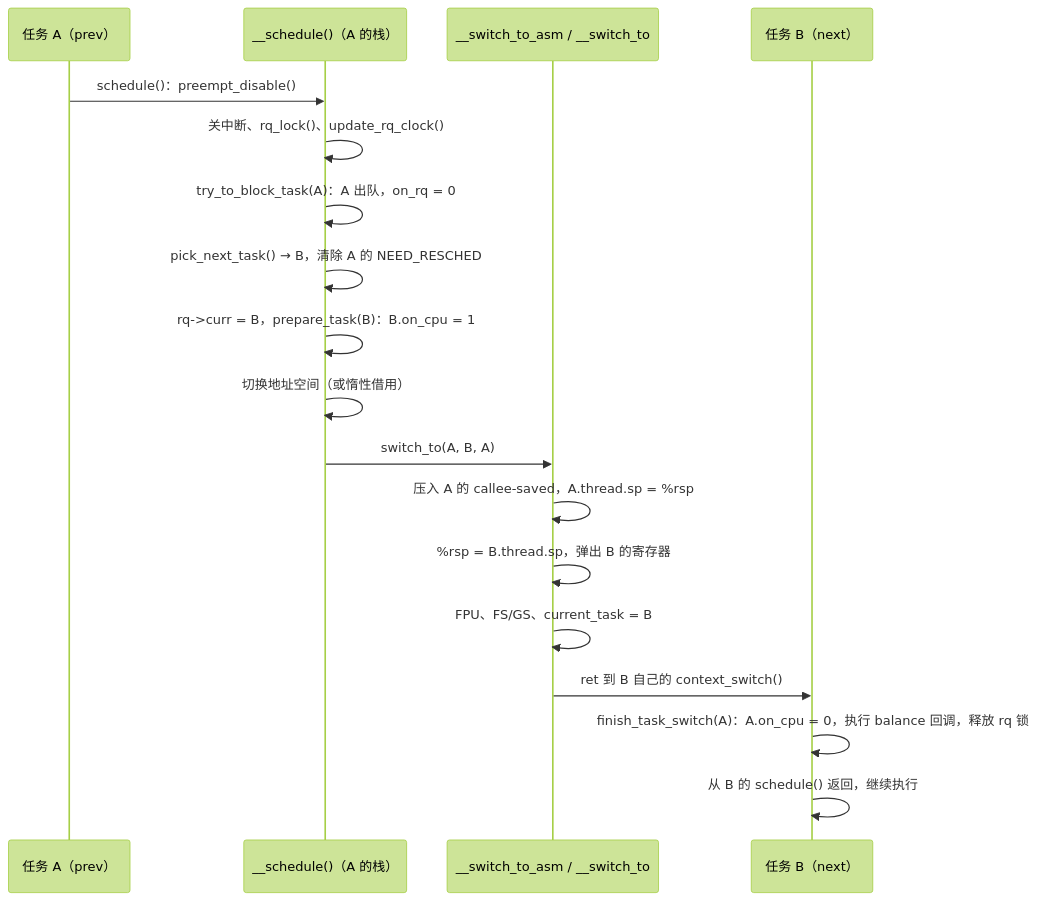
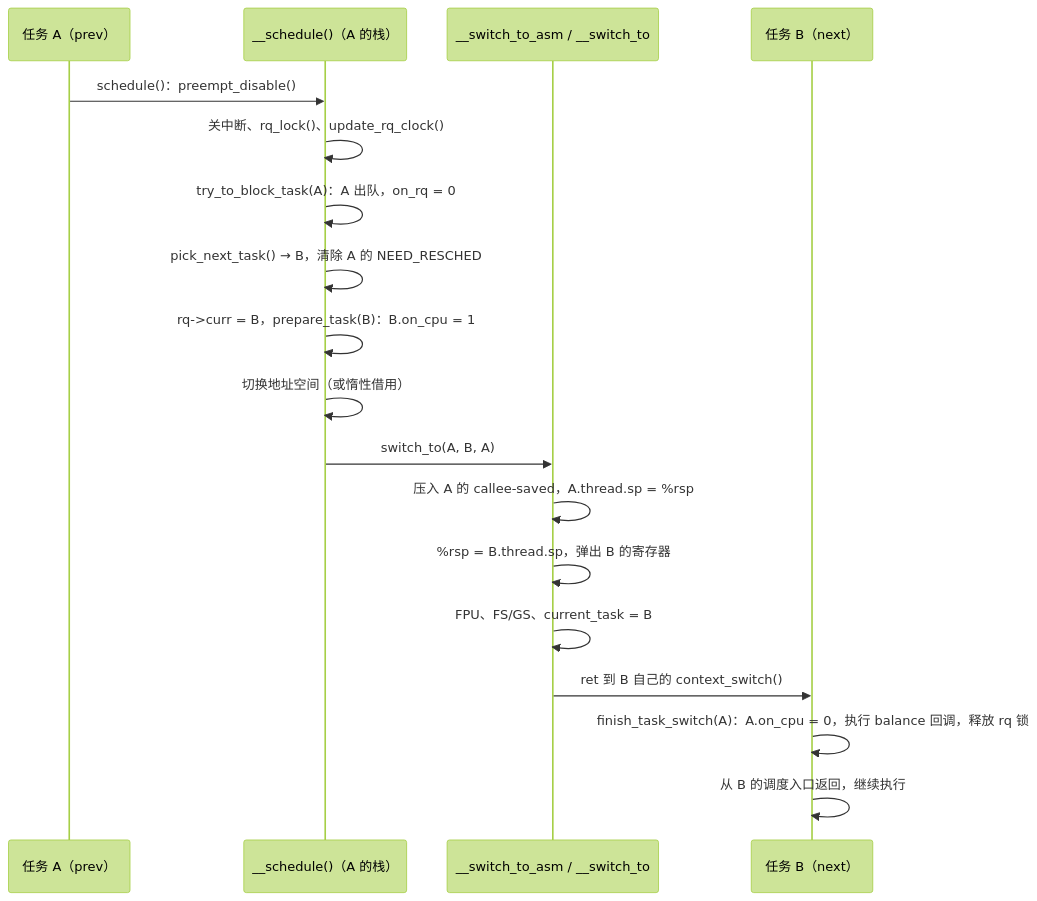
One commit to linuxperf/linux-study changed the diagram in book/03-scheduler/02-schedule.md. Above: the diagram before and after it, drawn with Mermaid (forest theme). The commit also changed other lines of this file and 5 other files, not shown here.

````diff
--- a/book/03-scheduler/02-schedule.md
+++ b/book/03-scheduler/02-schedule.md
@@ -1254,20 +971,20 @@
 ```mermaid
 sequenceDiagram
     participant A as 任务 A（prev）
     participant S as __schedule()（A 的栈）
     participant ASM as __switch_to_asm / __switch_to
     participant B as 任务 B（next）
     A->>S: schedule()：preempt_disable()
     S->>S: 关中断、rq_lock()、update_rq_clock()
     S->>S: try_to_block_task(A)：A 出队，on_rq = 0
     S->>S: pick_next_task() → B，清除 A 的 NEED_RESCHED
     S->>S: rq->curr = B，prepare_task(B)：B.on_cpu = 1
     S->>S: 切换地址空间（或惰性借用）
     S->>ASM: switch_to(A, B, A)
     ASM->>ASM: 压入 A 的 callee-saved，A.thread.sp = %rsp
     ASM->>ASM: %rsp = B.thread.sp，弹出 B 的寄存器
     ASM->>ASM: FPU、FS/GS、current_task = B
     ASM->>B: ret 到 B 自己的 context_switch()
     B->>B: finish_task_switch(A)：A.on_cpu = 0，执行 balance 回调，释放 rq 锁
-    B->>B: 从 B 的 schedule() 返回，继续执行
+    B->>B: 从 B 的调度入口返回，继续执行
 ```
````
